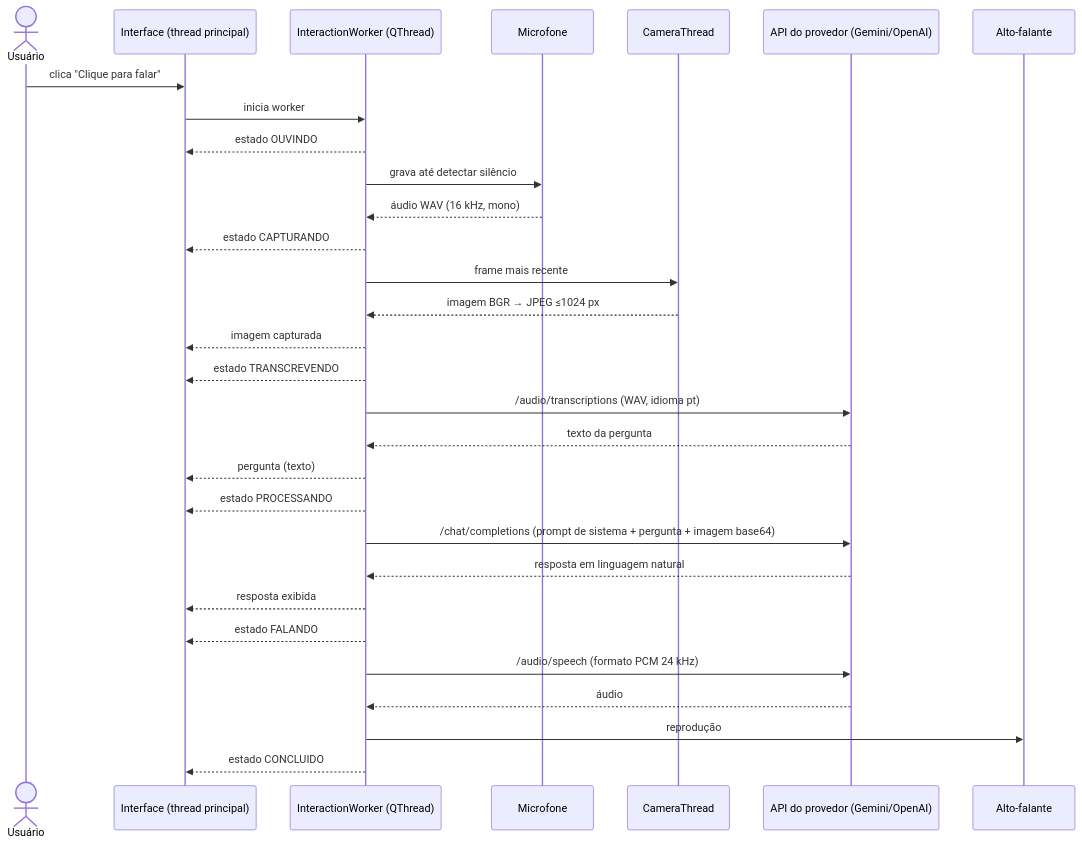
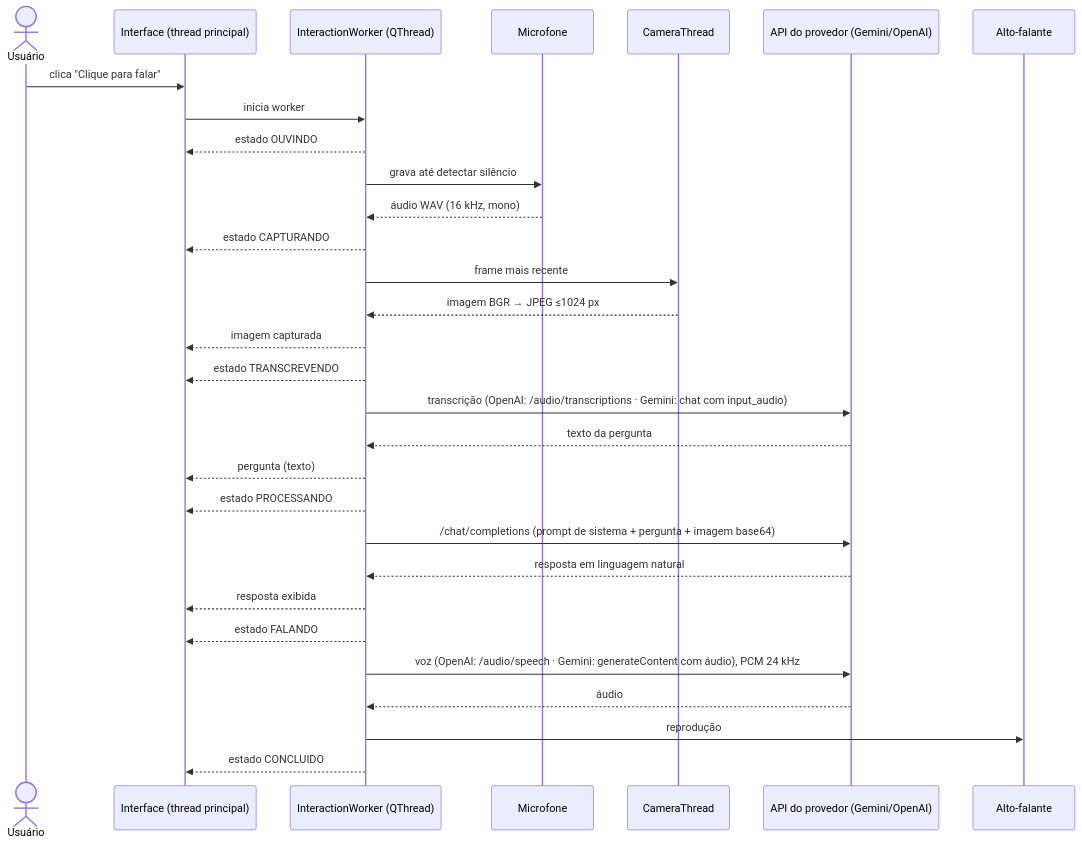
The diagram in docs/ARQUITETURA.md (joaodorast/projeto-visao-llm), drawn with Mermaid before and after one commit. The commit also changed other lines of this file, not shown here.

````diff
--- a/docs/ARQUITETURA.md
+++ b/docs/ARQUITETURA.md
@@ -78,33 +89,33 @@
 ```mermaid
 sequenceDiagram
     actor U as Usuário
     participant G as Interface (thread principal)
     participant W as InteractionWorker (QThread)
     participant M as Microfone
     participant C as CameraThread
     participant O as API do provedor (Gemini/OpenAI)
     participant A as Alto-falante
 
     U->>G: clica "Clique para falar"
     G->>W: inicia worker
     W-->>G: estado OUVINDO
     W->>M: grava até detectar silêncio
     M-->>W: áudio WAV (16 kHz, mono)
     W-->>G: estado CAPTURANDO
     W->>C: frame mais recente
     C-->>W: imagem BGR → JPEG ≤1024 px
     W-->>G: imagem capturada
     W-->>G: estado TRANSCREVENDO
-    W->>O: /audio/transcriptions (WAV, idioma pt)
+    W->>O: transcrição (OpenAI: /audio/transcriptions · Gemini: chat com input_audio)
     O-->>W: texto da pergunta
     W-->>G: pergunta (texto)
     W-->>G: estado PROCESSANDO
     W->>O: /chat/completions (prompt de sistema + pergunta + imagem base64)
     O-->>W: resposta em linguagem natural
     W-->>G: resposta exibida
     W-->>G: estado FALANDO
-    W->>O: /audio/speech (formato PCM 24 kHz)
+    W->>O: voz (OpenAI: /audio/speech · Gemini: generateContent com áudio), PCM 24 kHz
     O-->>W: áudio
     W->>A: reprodução
     W-->>G: estado CONCLUIDO
 ```
````
